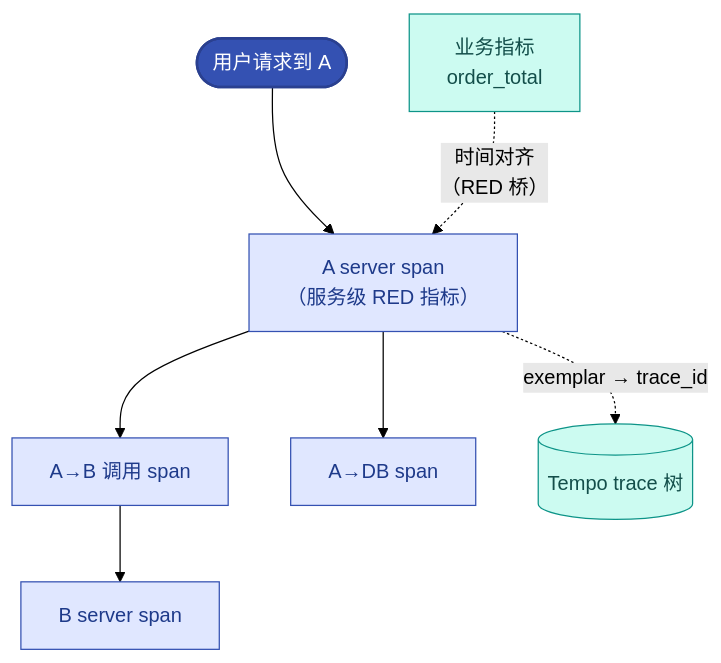
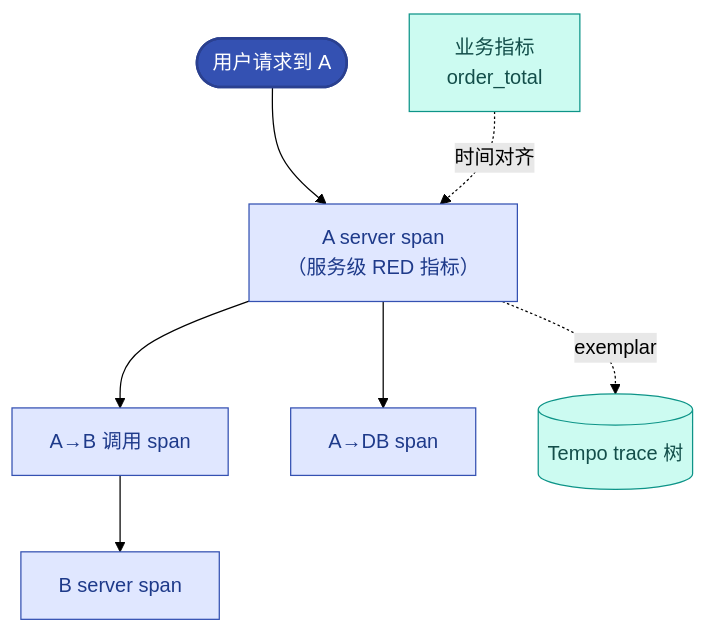
One commit to jackiesre721/ai-native-ops changed the diagram in docs/12-opentelemetry-observability.md. Above: the diagram before and after it, drawn with Mermaid (forest theme). The commit also changed 1 other file, not shown here.

Commit message:
fix: mermaid边线标签可读性——长标签移进节点框
- ch1 三代跃迁:'声明式+控制循环''观测驱动决策'从边线移进节点框
  (有色背景看得清,边线只留箭头)
- ch12 trace树:'时间对齐(RED桥)''exemplar→trace_id'简化为短标签
  '时间对齐''exemplar'(详细解释在正文)

````diff
--- a/docs/12-opentelemetry-observability.md
+++ b/docs/12-opentelemetry-observability.md
@@ -49,15 +49,15 @@
 ```mermaid
 flowchart TB
     REQ([用户请求到 A]) --> A["A server span<br/>（服务级 RED 指标）"]
     A --> AB["A→B 调用 span"]
     A --> ADB["A→DB span"]
     AB --> B["B server span"]
-    BIZ[业务指标<br/>order_total] -. "时间对齐<br/>（RED 桥）" .-> A
-    A -. "exemplar → trace_id" .-> TRACE[(Tempo trace 树)]
+    BIZ[业务指标<br/>order_total] -. 时间对齐 .-> A
+    A -. exemplar .-> TRACE[(Tempo trace 树)]
     classDef start fill:#3451b2,color:#fff,stroke:#2a4090,stroke-width:2px
     classDef proc fill:#e0e7ff,stroke:#3451b2,color:#1e3a8a
     classDef data fill:#ccfbf1,stroke:#0d9488,color:#134e4a
     class REQ start
     class A,AB,ADB,B proc
     class BIZ,TRACE data
 ```
````
